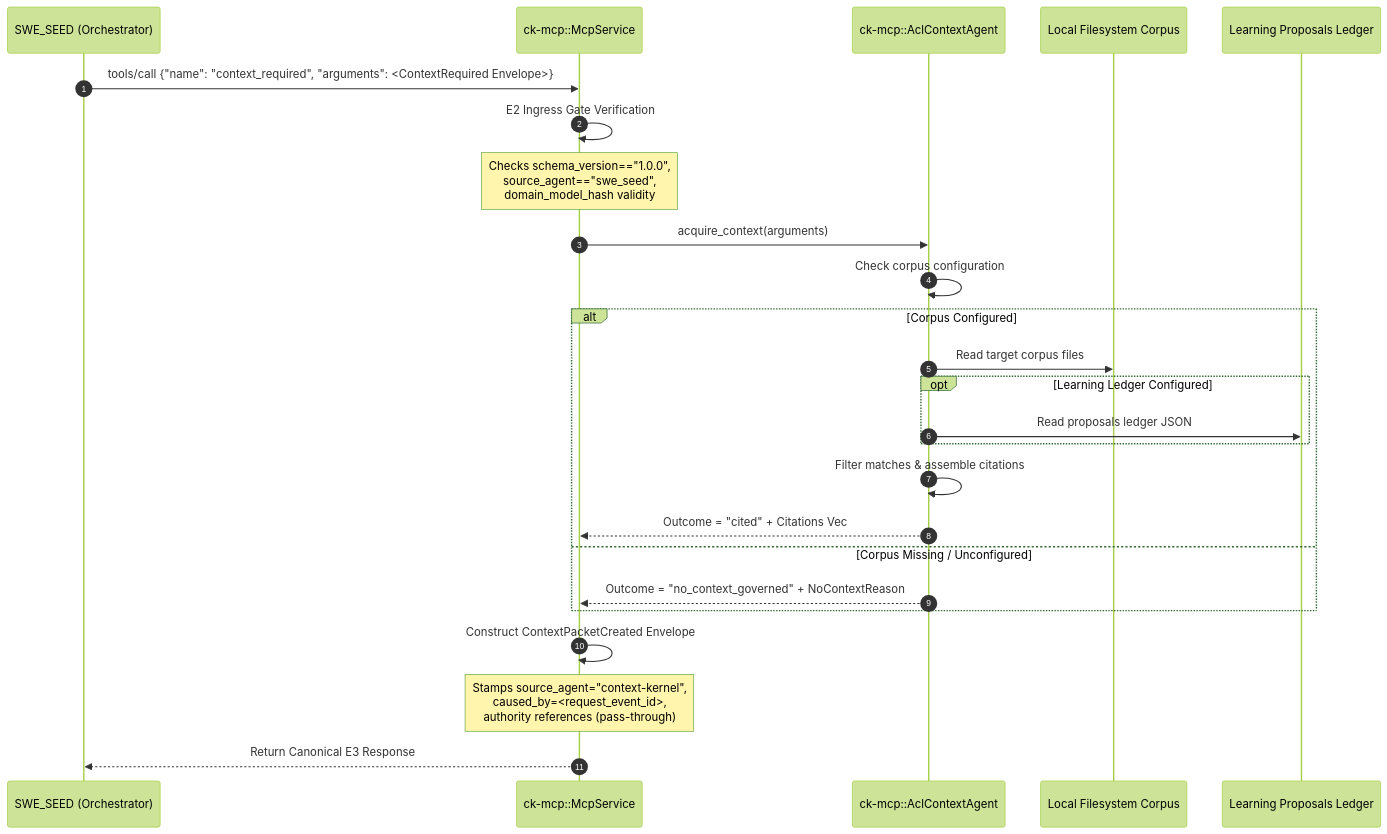
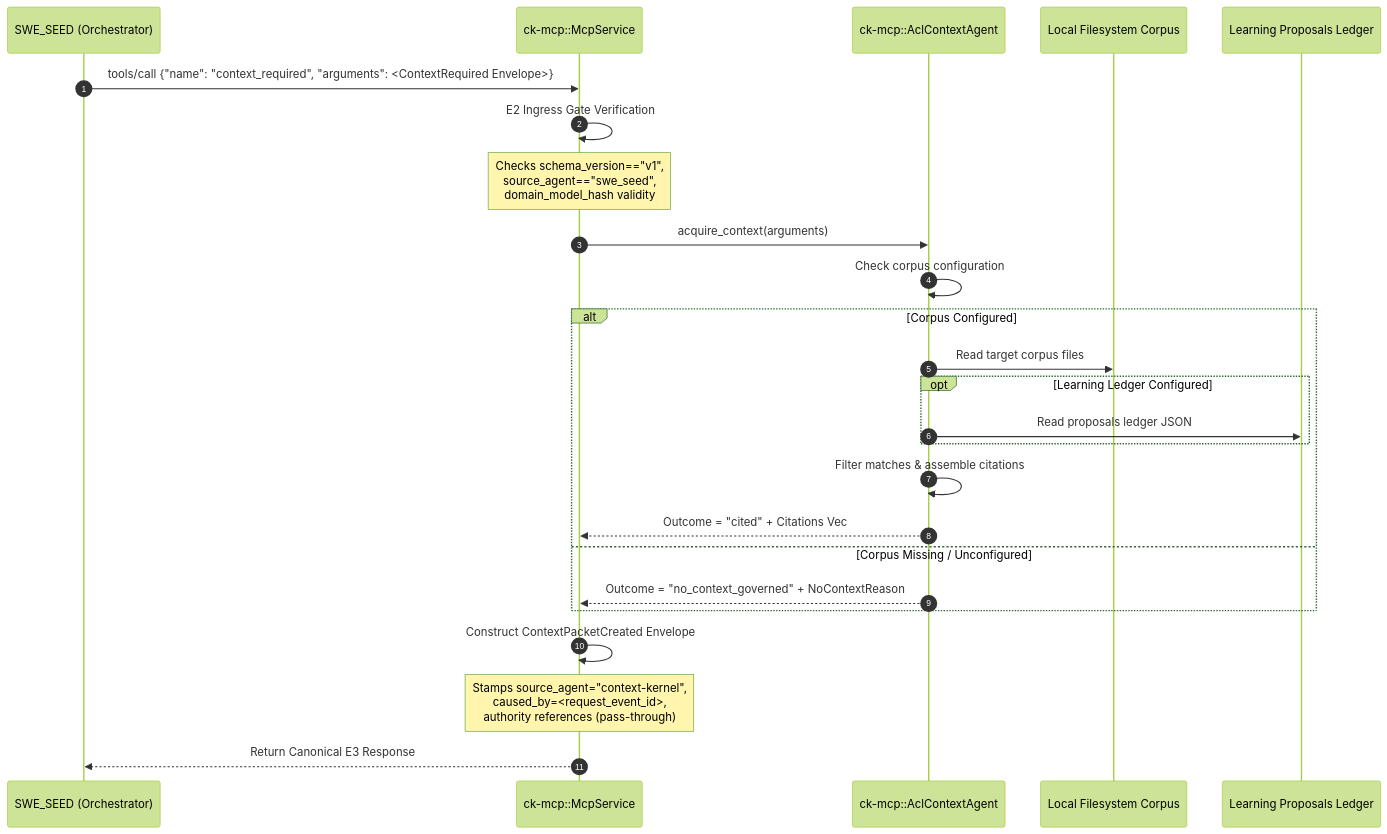
One commit to GodSpeedAI/Context-Kernel changed the diagram in docs/workflows/agentic-capability-loop.md. Above: the diagram before and after it, drawn with Mermaid (forest theme). The commit also changed other lines of this file and 3 other files, not shown here.

Commit message:
chore: fix cargo fmt drift and the context_required docs (schema v1, payload shape)

````diff
--- a/docs/workflows/agentic-capability-loop.md
+++ b/docs/workflows/agentic-capability-loop.md
@@ -19,32 +19,32 @@
 ```mermaid
 sequenceDiagram
     autonumber
     participant SWE as SWE_SEED (Orchestrator)
     participant MCP as ck-mcp::McpService
     participant ACL as ck-mcp::AclContextAgent
     participant FS as Local Filesystem Corpus
     participant Ledger as Learning Proposals Ledger
 
     SWE->>MCP: tools/call {"name": "context_required", "arguments": <ContextRequired Envelope>}
     MCP->>MCP: E2 Ingress Gate Verification
-    Note over MCP: Checks schema_version=="1.0.0",<br/>source_agent=="swe_seed",<br/>domain_model_hash validity
+    Note over MCP: Checks schema_version=="v1",<br/>source_agent=="swe_seed",<br/>domain_model_hash validity
 
     MCP->>ACL: acquire_context(arguments)
     ACL->>ACL: Check corpus configuration
 
     alt Corpus Configured
         ACL->>FS: Read target corpus files
         opt Learning Ledger Configured
             ACL->>Ledger: Read proposals ledger JSON
         end
         ACL->>ACL: Filter matches & assemble citations
         ACL-->>MCP: Outcome = "cited" + Citations Vec
     else Corpus Missing / Unconfigured
         ACL-->>MCP: Outcome = "no_context_governed" + NoContextReason
     end
 
     MCP->>MCP: Construct ContextPacketCreated Envelope
     Note over MCP: Stamps source_agent="context-kernel",<br/>caused_by=<request_event_id>,<br/>authority references (pass-through)
 
     MCP-->>SWE: Return Canonical E3 Response
 ```
````
